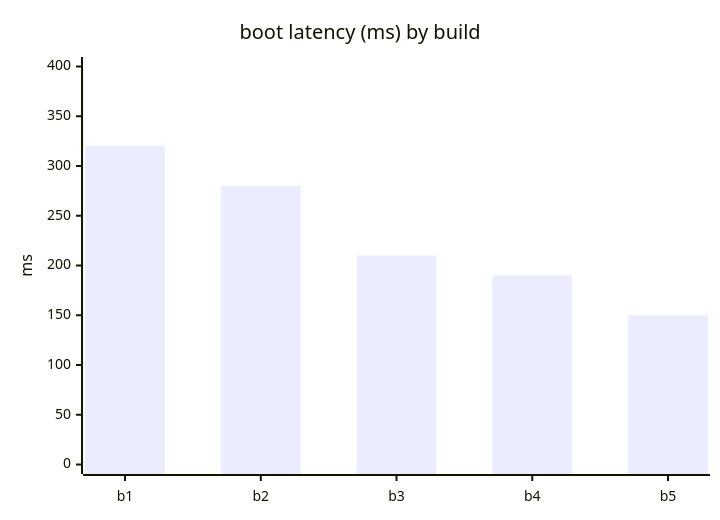
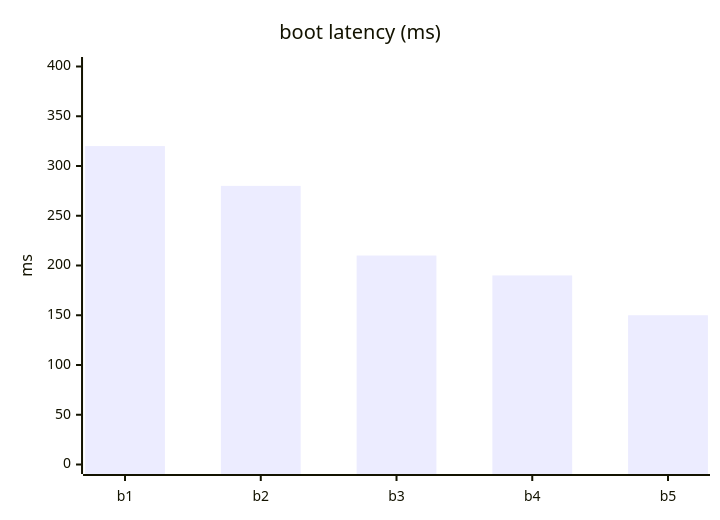
The second of 3 diagrams in sandbox/md-graphics-demo/README.md (whistlegraph/aesthetic-computer), drawn with Mermaid before and after one commit. The commit also changed other lines of this file and 1 other file, not shown here.

````diff
--- a/sandbox/md-graphics-demo/README.md
+++ b/sandbox/md-graphics-demo/README.md
@@ -59,7 +35,7 @@
 ```mermaid
 xychart-beta
-  title "boot latency (ms) by build"
+  title "boot latency (ms)"
   x-axis [b1, b2, b3, b4, b5]
   y-axis "ms" 0 --> 400
   bar [320, 280, 210, 190, 150]
 ```
````
